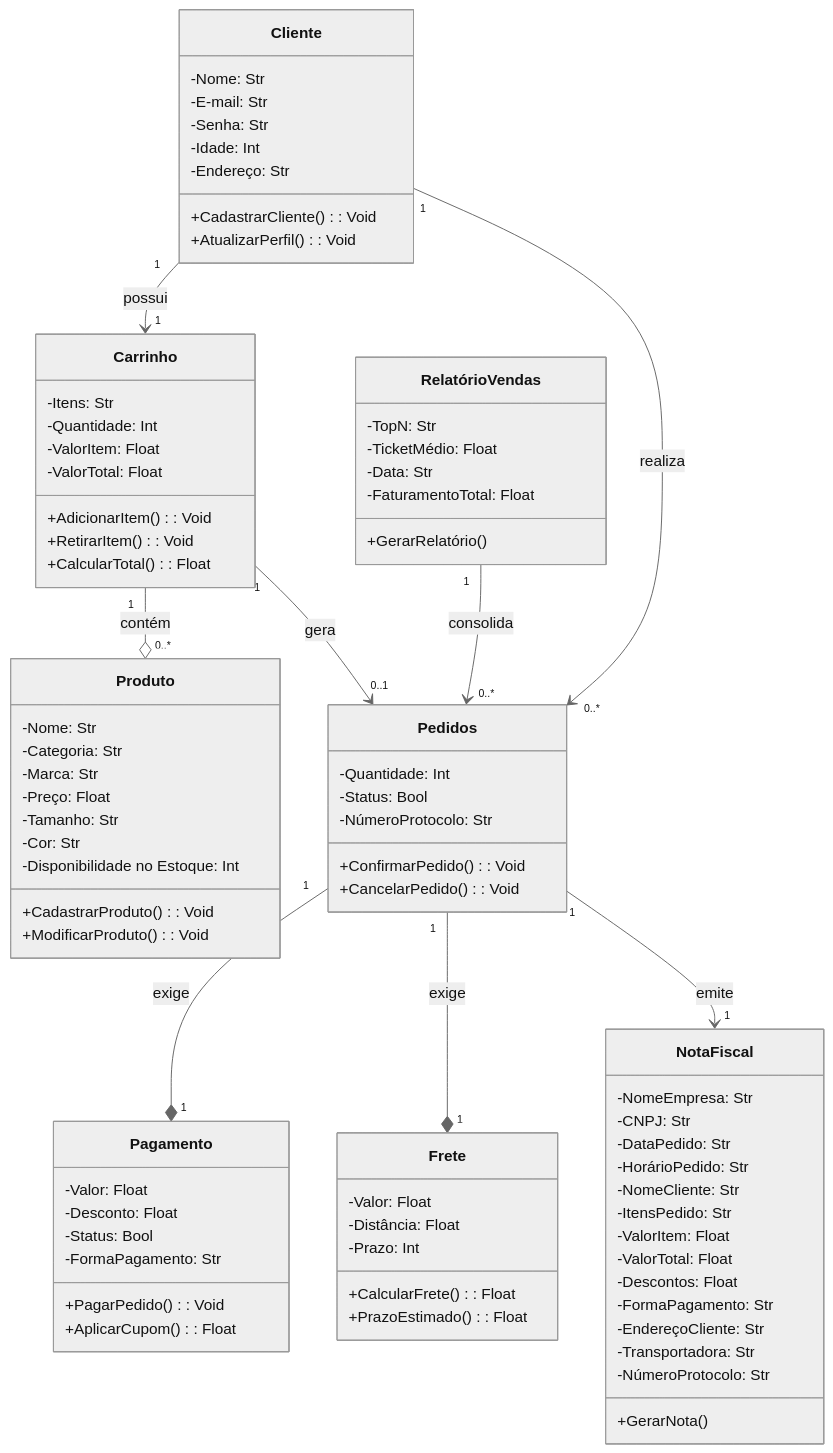
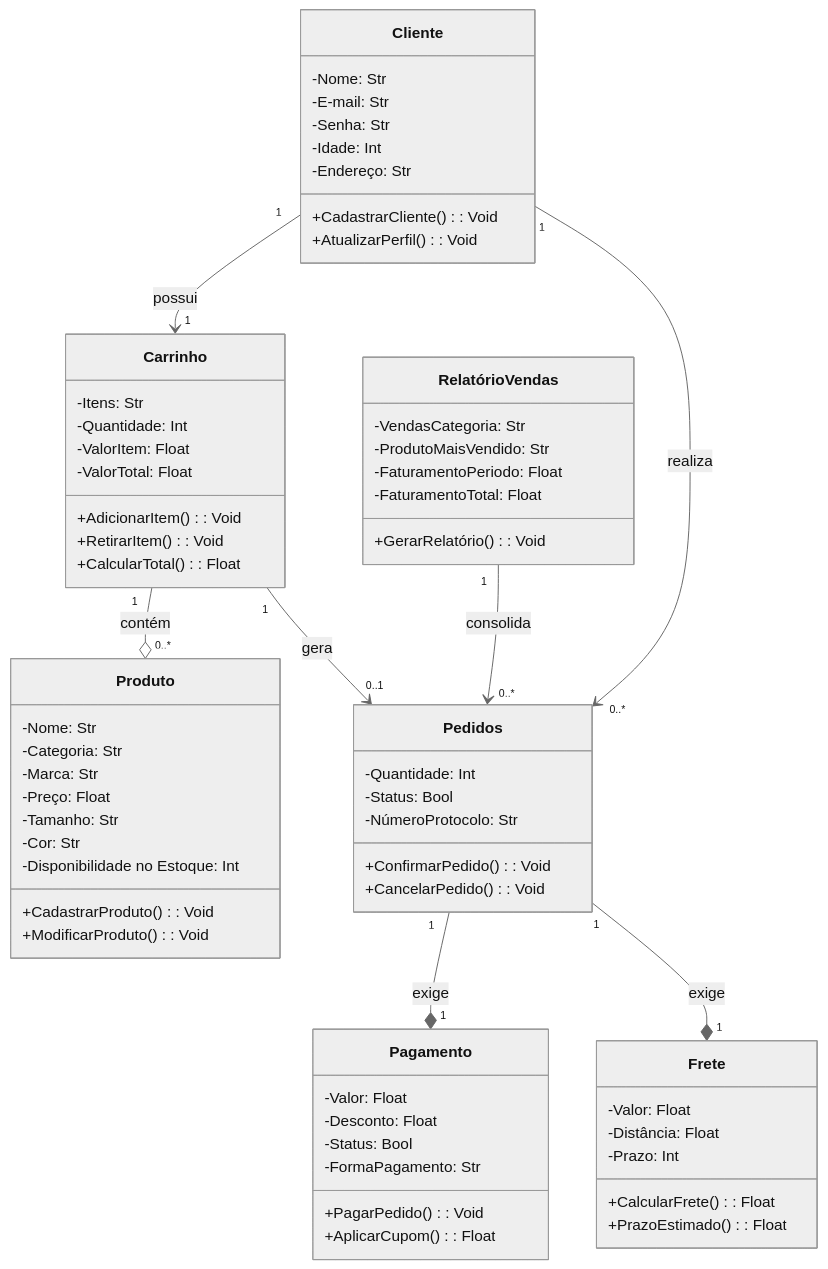
The diagram in README.md (stenio-vinicius/Sistema-de-Loja-Virtual-Simplificada), drawn with Mermaid (neutral theme) before and after one commit. The commit also changed other lines of this file, not shown here.

````diff
--- a/README.md
+++ b/README.md
@@ -292,29 +252,12 @@
         +PrazoEstimado(): Float
     }
 
-    class NotaFiscal {
-        -NomeEmpresa: Str
-        -CNPJ: Str
-        -DataPedido: Str
-        -HorárioPedido: Str
-        -NomeCliente: Str
-        -ItensPedido: Str
-        -ValorItem: Float
-        -ValorTotal: Float
-        -Descontos: Float
-        -FormaPagamento: Str
-        -EndereçoCliente: Str
-        -Transportadora: Str
-        -NúmeroProtocolo: Str
-        +GerarNota()
-    }
-
     class RelatórioVendas {
-        -TopN: Str
-        -TicketMédio: Float
-        -Data: Str
+        -VendasCategoria: Str
+        -ProdutoMaisVendido: Str
+        -FaturamentoPeriodo: Float
         -FaturamentoTotal: Float
-        +GerarRelatório()
+        +GerarRelatório(): Void
     }
 
     Cliente "1" --> "1" Carrinho : possui
@@ -323,6 +266,5 @@
     Carrinho "1" --> "0..1" Pedidos : gera
     Pedidos "1" --* "1" Pagamento : exige
     Pedidos "1" --* "1" Frete : exige
-    Pedidos "1" --> "1" NotaFiscal : emite
     RelatórioVendas "1" --> "0..*" Pedidos : consolida
 ```
````
